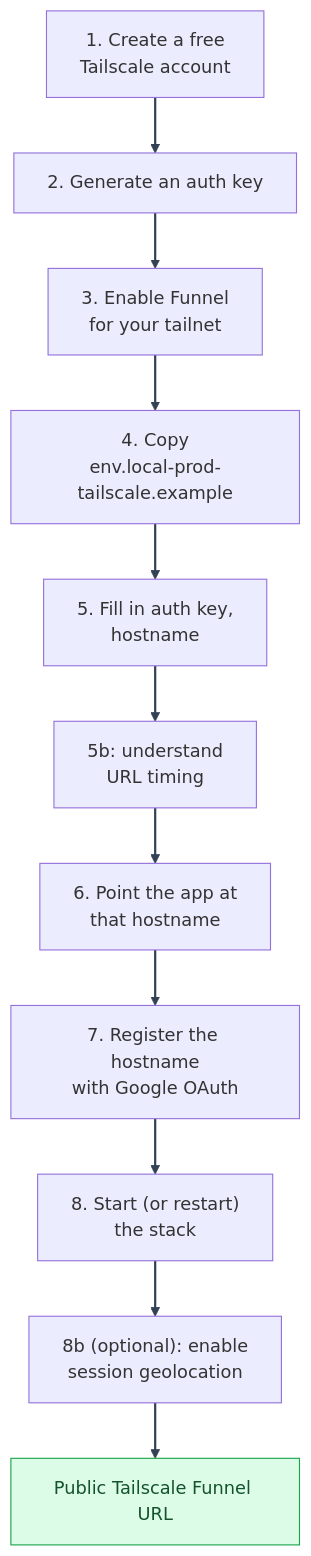
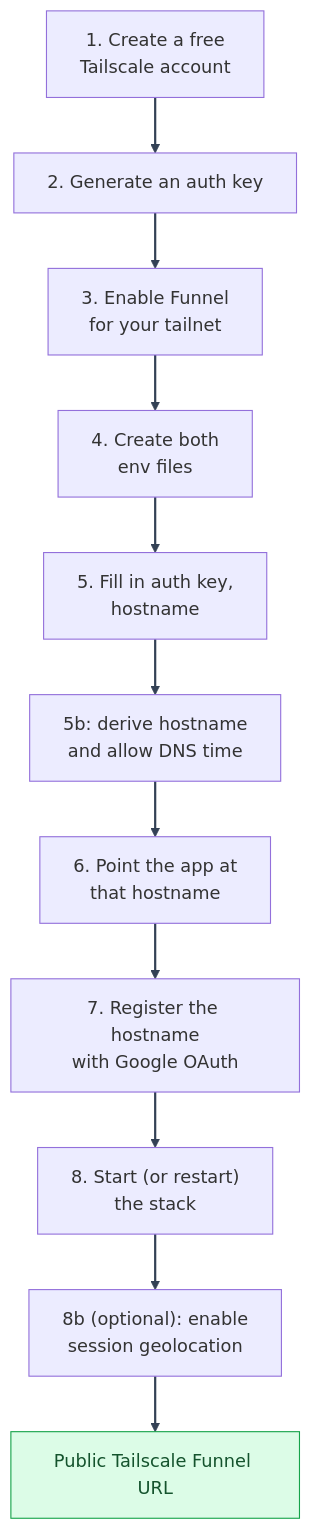
One commit to Nachiket-2024/mystic-auth changed the diagram in docs/mystic_auth/deployment/local-prod/tailscale-funnel.md. Above: the diagram before and after it, drawn with Mermaid. The commit also changed other lines of this file and 181 other files, not shown here.

````diff
--- a/docs/mystic_auth/deployment/local-prod/tailscale-funnel.md
+++ b/docs/mystic_auth/deployment/local-prod/tailscale-funnel.md
@@ -38,21 +38,21 @@
 ```mermaid
 %%{init: {"themeVariables": {"lineColor": "#334155"}} }%%
 flowchart TD
     S1["1. Create a free\nTailscale account"]
     S2["2. Generate an auth key"]
     S3["3. Enable Funnel\nfor your tailnet"]
-    S4["4. Copy\nenv.local-prod-tailscale.example"]
+    S4["4. Create both\nenv files"]
     S5["5. Fill in auth key,\nhostname"]
-    S5b["5b: understand\nURL timing"]
+    S5b["5b: derive hostname\nand allow DNS time"]
     S6["6. Point the app at\nthat hostname"]
     S7["7. Register the hostname\nwith Google OAuth"]
     S8["8. Start (or restart)\nthe stack"]
     S8b["8b (optional): enable\nsession geolocation"]
     Live["Public Tailscale Funnel URL"]
 
     S1 --> S2 --> S3 --> S4 --> S5 --> S5b --> S6 --> S7 --> S8 --> S8b --> Live
 
     classDef terminal fill:#dcfce7,stroke:#16a34a,color:#14532d
     class Live terminal
     linkStyle default stroke:#334155,stroke-width:2px
 ```
````
